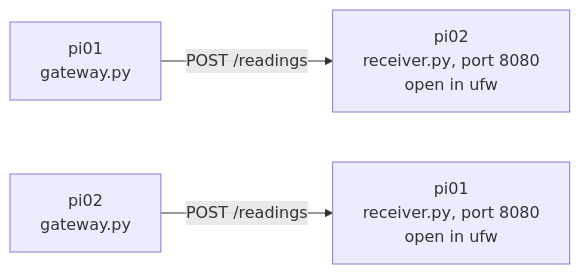
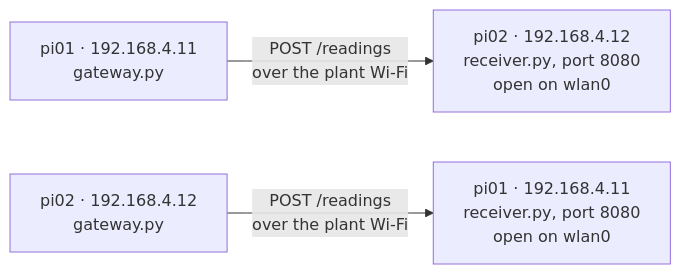
Before and after one commit to luqmanyusof/industrial-iot-raspberry-pi: diagram 16 of 23 in day1.md, drawn with Mermaid. The commit also changed other lines of this file and 2 other files, not shown here.

First line of the commit message:
Day 1: Pi on two networks (internet via laptop LAN cable, plant via ESP32 Wi-Fi AP)

````diff
--- a/day1.md
+++ b/day1.md
@@ -850,5 +919,5 @@
 ```mermaid
 flowchart LR
-    g1["pi01<br/>gateway.py"] -- "POST /readings" --> r2["pi02<br/>receiver.py, port 8080<br/>open in ufw"]
-    g2["pi02<br/>gateway.py"] -- "POST /readings" --> r1["pi01<br/>receiver.py, port 8080<br/>open in ufw"]
+    g1["pi01 · 192.168.4.11<br/>gateway.py"] -- "POST /readings<br/>over the plant Wi-Fi" --> r2["pi02 · 192.168.4.12<br/>receiver.py, port 8080<br/>open on wlan0"]
+    g2["pi02 · 192.168.4.12<br/>gateway.py"] -- "POST /readings<br/>over the plant Wi-Fi" --> r1["pi01 · 192.168.4.11<br/>receiver.py, port 8080<br/>open on wlan0"]
 ```
````
